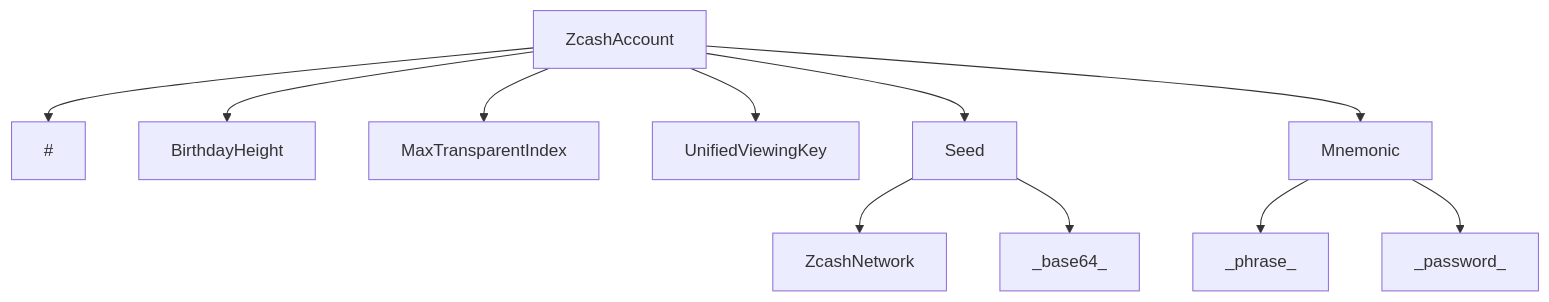
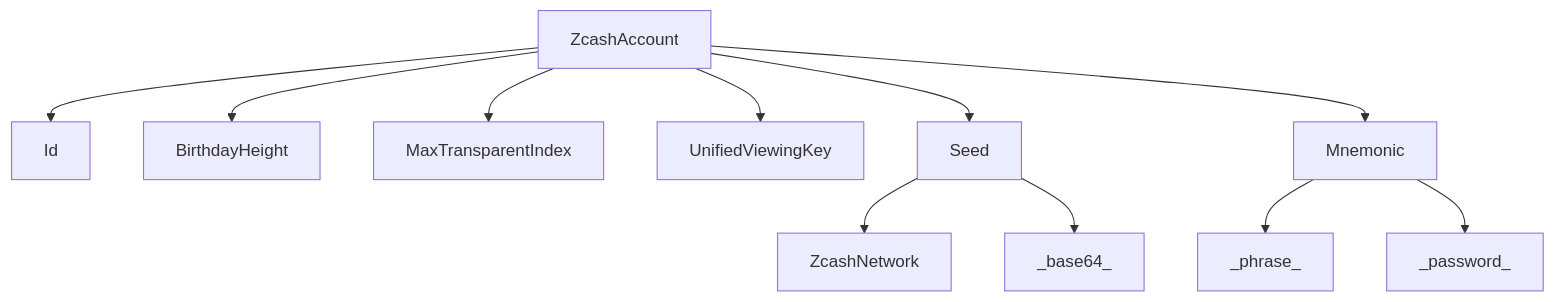
The second of 2 diagrams in ezcash/README.md (zingolabs/zcash-wallet-formats), drawn with Mermaid before and after one commit. The commit also changed other lines of this file, not shown here.

````diff
--- a/ezcash/README.md
+++ b/ezcash/README.md
@@ -79,16 +82,16 @@
 ```mermaid
 flowchart TB
 
-ZcashAccount --> #
+ZcashAccount --> Id
 ZcashAccount --> BirthdayHeight
 ZcashAccount --> MaxTransparentIndex
 ZcashAccount --> UnifiedViewingKey
 ZcashAccount --> Seed
 ZcashAccount --> Mnemonic
 
 Seed --> ZcashNetwork
 Seed --> _base64_
 
 Mnemonic --> _phrase_
 Mnemonic --> _password_
 ```
````
